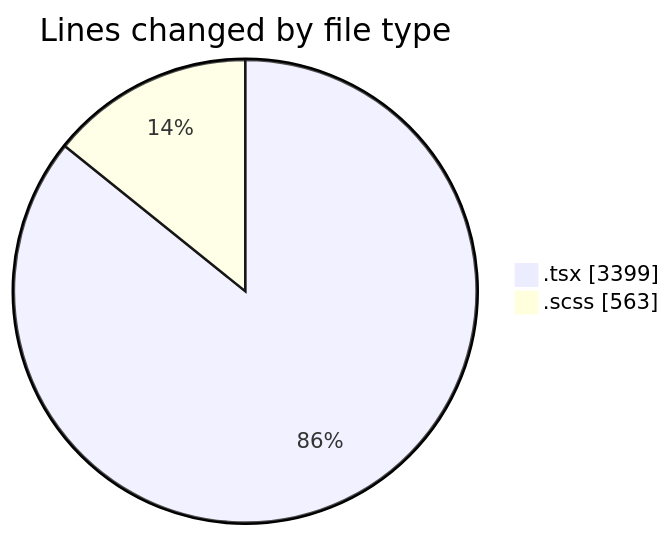
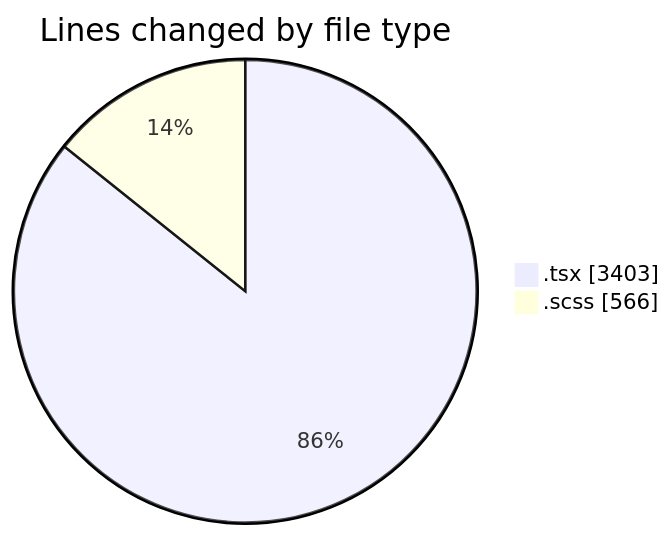
The first of 2 diagrams in 2025-09-30/cda/README.md (momahboobian/code-tracking), drawn with Mermaid before and after one commit. The commit also changed other lines of this file and 1 other file, not shown here.

````diff
--- a/2025-09-30/cda/README.md
+++ b/2025-09-30/cda/README.md
@@ -25,6 +25,6 @@
 ```mermaid
 pie showData
 title Lines changed by file type
-".tsx" : 3399
-".scss" : 563
+".tsx" : 3403
+".scss" : 566
 ```
````
